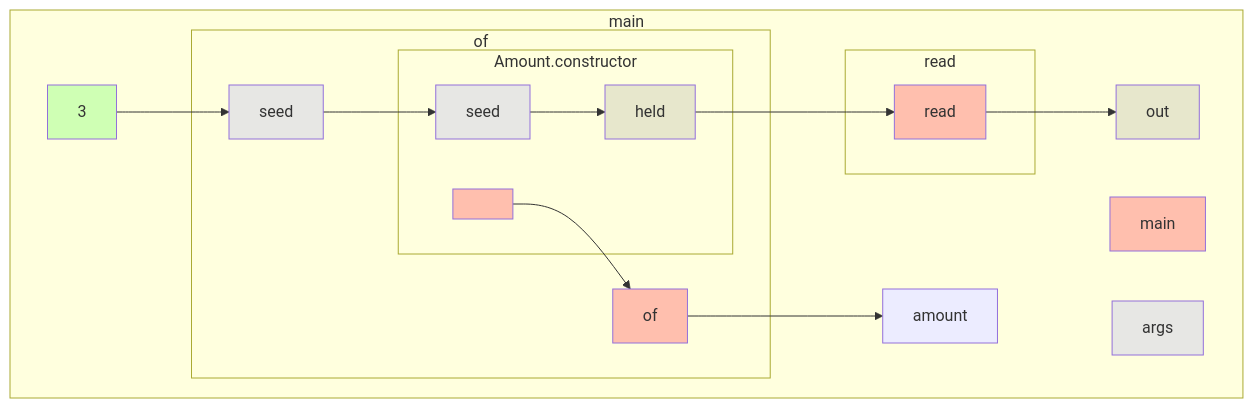
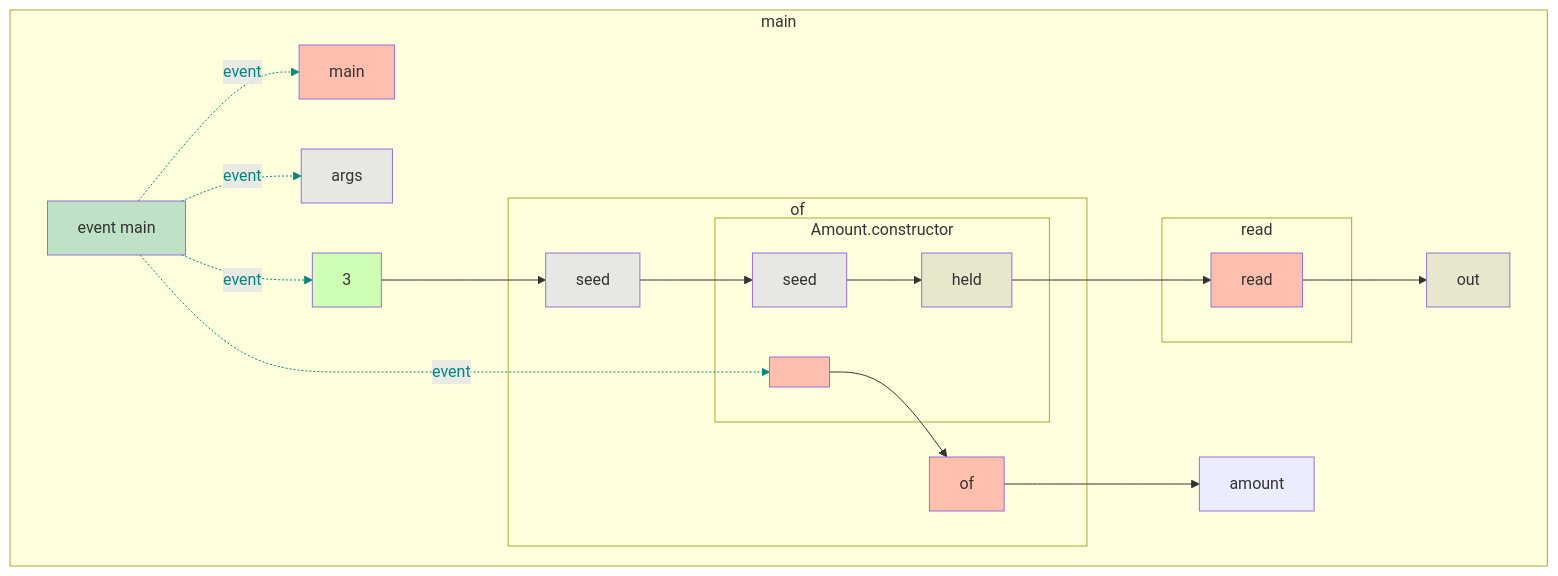
Before and after one commit to gstiebler/codeflow: the diagram in app/src/test/resources/returnedObject/snapshot.md, drawn with Mermaid. The commit also changed 77 other files, not shown here.

````diff
--- a/app/src/test/resources/returnedObject/snapshot.md
+++ b/app/src/test/resources/returnedObject/snapshot.md
@@ -1,36 +1,46 @@
 ```mermaid
 flowchart TD
   subgraph b0["main"]
-    n1[main]:::RETURN
-    n2[args]:::FUNC_PARAM
-    n3[3]:::LITERAL
-    n11[amount]:::OBJ_VARIABLE
-    n14[out]:::VARIABLE
-    n3[3]:::LITERAL --> n6[seed]:::FUNC_PARAM
-    n5[of]:::RETURN --> n11[amount]:::OBJ_VARIABLE
-    n10[held]:::VARIABLE --> n13[read]:::RETURN
-    n13[read]:::RETURN --> n14[out]:::VARIABLE
-    subgraph b4["of"]
-      n5[of]:::RETURN
-      n6[seed]:::FUNC_PARAM
-      n6[seed]:::FUNC_PARAM --> n9[seed]:::FUNC_PARAM
-      n8[<init>]:::RETURN --> n5[of]:::RETURN
-      subgraph b7["Amount.constructor"]
-        n8[<init>]:::RETURN
-        n9[seed]:::FUNC_PARAM
-        n10[held]:::VARIABLE
-        n9[seed]:::FUNC_PARAM --> n10[held]:::VARIABLE
+    n1[event main]:::EVENT
+    n2[main]:::RETURN
+    n3[args]:::FUNC_PARAM
+    n4[3]:::LITERAL
+    n12[amount]:::OBJ_VARIABLE
+    n15[out]:::VARIABLE
+    n1[event main]:::EVENT -. event .-> n2[main]:::RETURN
+    n1[event main]:::EVENT -. event .-> n3[args]:::FUNC_PARAM
+    n1[event main]:::EVENT -. event .-> n4[3]:::LITERAL
+    n1[event main]:::EVENT -. event .-> n9[<init>]:::RETURN
+    n4[3]:::LITERAL --> n7[seed]:::FUNC_PARAM
+    n6[of]:::RETURN --> n12[amount]:::OBJ_VARIABLE
+    n11[held]:::VARIABLE --> n14[read]:::RETURN
+    n14[read]:::RETURN --> n15[out]:::VARIABLE
+    subgraph b5["of"]
+      n6[of]:::RETURN
+      n7[seed]:::FUNC_PARAM
+      n7[seed]:::FUNC_PARAM --> n10[seed]:::FUNC_PARAM
+      n9[<init>]:::RETURN --> n6[of]:::RETURN
+      subgraph b8["Amount.constructor"]
+        n9[<init>]:::RETURN
+        n10[seed]:::FUNC_PARAM
+        n11[held]:::VARIABLE
+        n10[seed]:::FUNC_PARAM --> n11[held]:::VARIABLE
       end
     end
-    subgraph b12["read"]
-      n13[read]:::RETURN
+    subgraph b13["read"]
+      n14[read]:::RETURN
     end
   end
+  linkStyle 0 stroke:#00897b,color:#00897b
+  linkStyle 1 stroke:#00897b,color:#00897b
+  linkStyle 2 stroke:#00897b,color:#00897b
+  linkStyle 3 stroke:#00897b,color:#00897b
   classDef LITERAL fill:#00FF0030
   classDef VARIABLE fill:#80808030
   classDef BIN_OP fill:#80808080
   classDef FUNC_PARAM fill:#8080FF30
   classDef RETURN fill:#FF808080
   classDef EXTERNAL fill:#FFA50040
   classDef UNMODELLED fill:#FF000030,stroke-dasharray: 4 2
+  classDef EVENT fill:#00897B40
 ```
````
